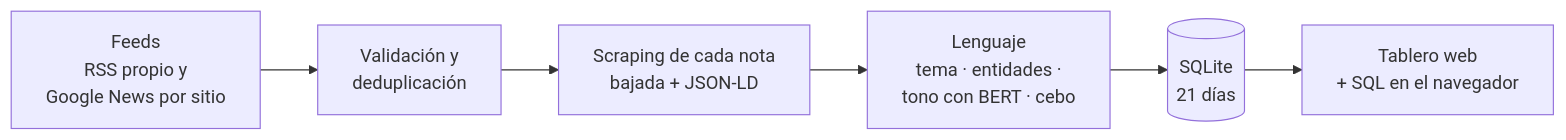
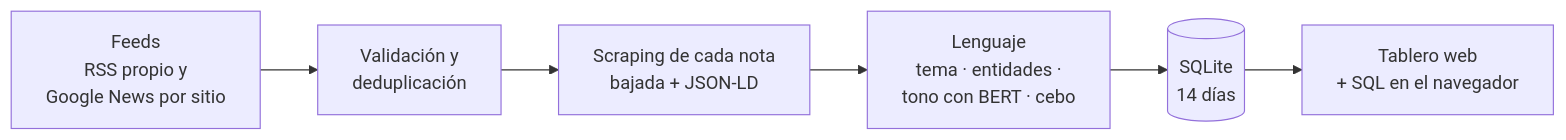
One commit to miguegarrone-blip/Web-Mining changed the diagram in README.md. Above: the diagram before and after it, drawn with Mermaid. The commit also changed other lines of this file and 6 other files, not shown here.

````diff
--- a/README.md
+++ b/README.md
@@ -37,8 +37,8 @@
 ```mermaid
 flowchart LR
     A["Feeds<br/>RSS propio y<br/>Google News por sitio"] --> B["Validación y<br/>deduplicación"]
     B --> C["Scraping de cada nota<br/>bajada + JSON-LD"]
     C --> D["Lenguaje<br/>tema · entidades ·<br/>tono con BERT · cebo"]
-    D --> E[("SQLite<br/>21 días")]
+    D --> E[("SQLite<br/>14 días")]
     E --> F["Tablero web<br/>+ SQL en el navegador"]
 ```
````
